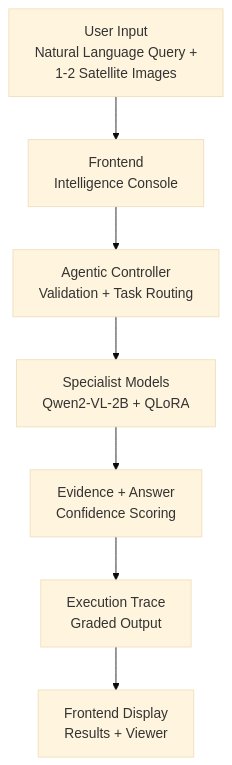
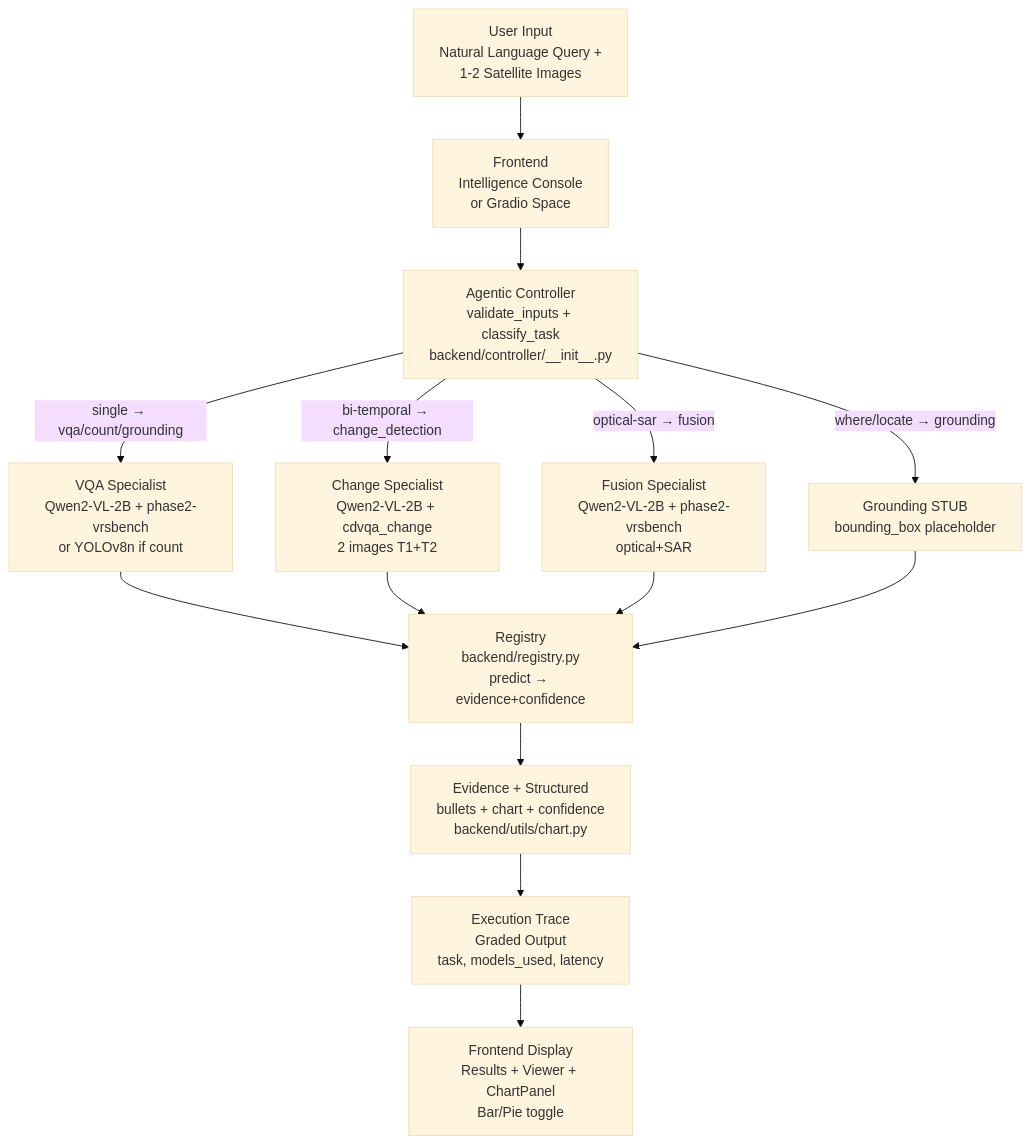
Before and after one commit to awdtyo/SatQueryAI-SIH26: the diagram in README.md, drawn with Mermaid (base theme). The commit also changed other lines of this file, not shown here.

````diff
--- a/README.md
+++ b/README.md
@@ -138,9 +158,16 @@
 ```mermaid
 flowchart TD
-    A[User Input<br/>Natural Language Query +<br/>1-2 Satellite Images] --> B[Frontend<br/>Intelligence Console]
-    B --> C[Agentic Controller<br/>Validation + Task Routing]
-    C --> D[Specialist Models<br/>Qwen2-VL-2B + QLoRA]
-    D --> E[Evidence + Answer<br/>Confidence Scoring]
-    E --> F[Execution Trace<br/>Graded Output]
-    F --> G[Frontend Display<br/>Results + Viewer]
+    A[User Input<br/>Natural Language Query +<br/>1-2 Satellite Images] --> B[Frontend<br/>Intelligence Console<br/>or Gradio Space]
+    B --> C[Agentic Controller<br/>validate_inputs + classify_task<br/>backend/controller/__init__.py]
+    C -->|single → vqa/count/grounding| D1[VQA Specialist<br/>Qwen2-VL-2B + phase2-vrsbench<br/>or YOLOv8n if count]
+    C -->|bi-temporal → change_detection| D2[Change Specialist<br/>Qwen2-VL-2B + cdvqa_change<br/>2 images T1+T2]
+    C -->|optical-sar → fusion| D3[Fusion Specialist<br/>Qwen2-VL-2B + phase2-vrsbench<br/>optical+SAR]
+    C -->|where/locate → grounding| D4[Grounding STUB<br/>bounding_box placeholder]
+    D1 --> E[Registry<br/>backend/registry.py<br/>predict → evidence+confidence]
+    D2 --> E
+    D3 --> E
+    D4 --> E
+    E --> F[Evidence + Structured<br/>bullets + chart + confidence<br/>backend/utils/chart.py]
+    F --> G[Execution Trace<br/>Graded Output<br/>task, models_used, latency]
+    G --> H[Frontend Display<br/>Results + Viewer + ChartPanel<br/>Bar/Pie toggle]
 ```
````
